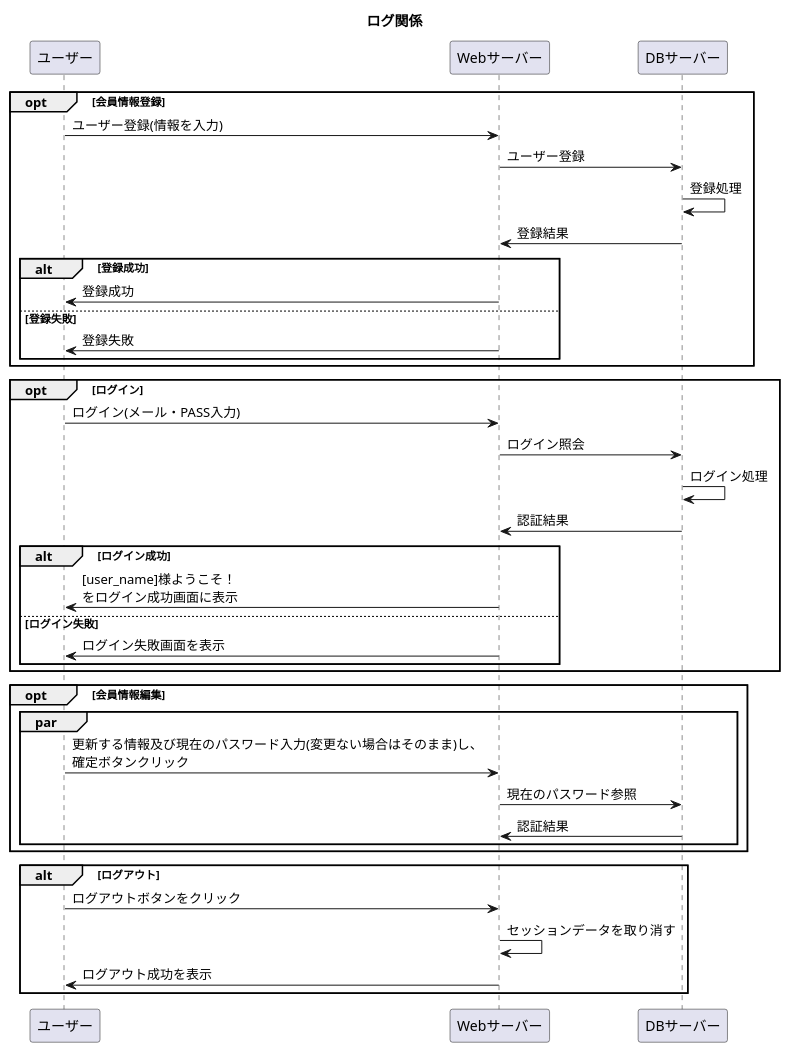
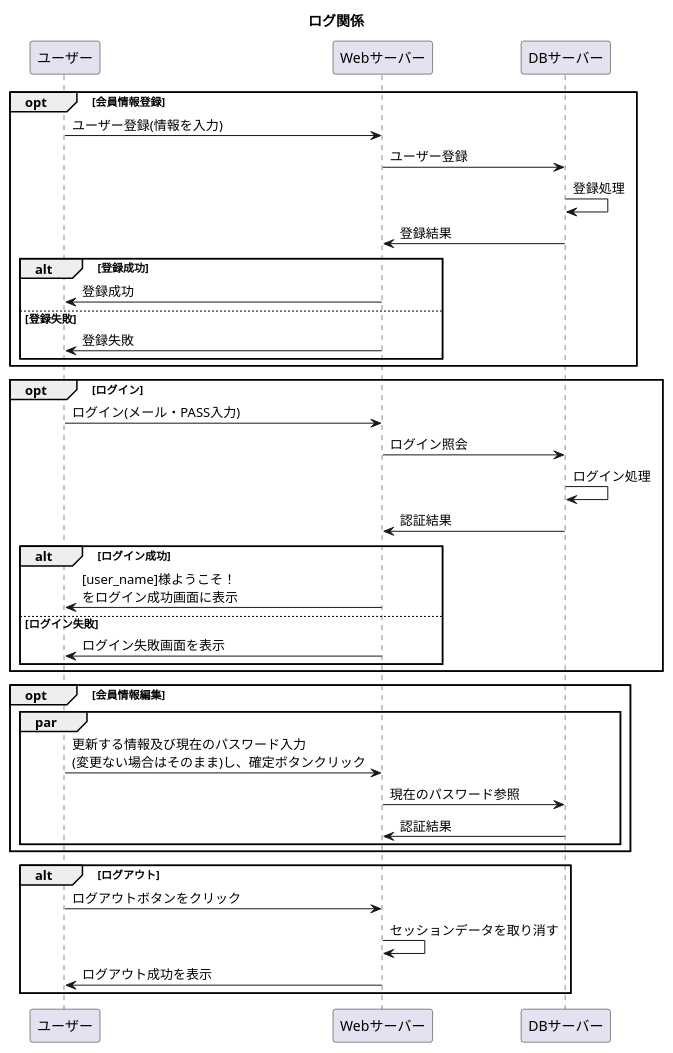
The diagram in 設計書/02_業務フロー/Log-flow.md (Aso2001227/Aso-Sports-1), drawn with PlantUML before and after one commit.

````diff
--- a/設計書/02_業務フロー/Log-flow.md
+++ b/設計書/02_業務フロー/Log-flow.md
@@ -1,41 +1,41 @@
 ```uml
 @startuml
 title: ログ関係
 opt 会員情報登録
   ユーザー -> Webサーバー : ユーザー登録(情報を入力)
   Webサーバー -> DBサーバー : ユーザー登録
   DBサーバー -> DBサーバー : 登録処理
   DBサーバー -> Webサーバー : 登録結果
   alt 登録成功
     Webサーバー -> ユーザー : 登録成功
     else 登録失敗
     Webサーバー -> ユーザー : 登録失敗
   end
   end
   opt ログイン
       ユーザー -> Webサーバー : ログイン(メール・PASS入力)
       Webサーバー -> DBサーバー : ログイン照会
       DBサーバー -> DBサーバー : ログイン処理
       DBサーバー -> Webサーバー : 認証結果
       alt ログイン成功
         Webサーバー -> ユーザー : [user_name]様ようこそ！\nをログイン成功画面に表示
        else ログイン失敗
         Webサーバー -> ユーザー : ログイン失敗画面を表示
       end
       end
       
     opt 会員情報編集
     par
-      ユーザー ->Webサーバー :更新する情報及び現在のパスワード入力(変更ない場合はそのまま)し、\n確定ボタンクリック
+      ユーザー ->Webサーバー :更新する情報及び現在のパスワード入力\n(変更ない場合はそのまま)し、確定ボタンクリック
       Webサーバー -> DBサーバー : 現在のパスワード参照
       DBサーバー -> Webサーバー : 認証結果
       end
    end
       
     alt ログアウト
       ユーザー ->Webサーバー :ログアウトボタンをクリック
       Webサーバー -> Webサーバー :セッションデータを取り消す
       Webサーバー -> ユーザー :ログアウト成功を表示 
      end
 @enduml
 ```
````
